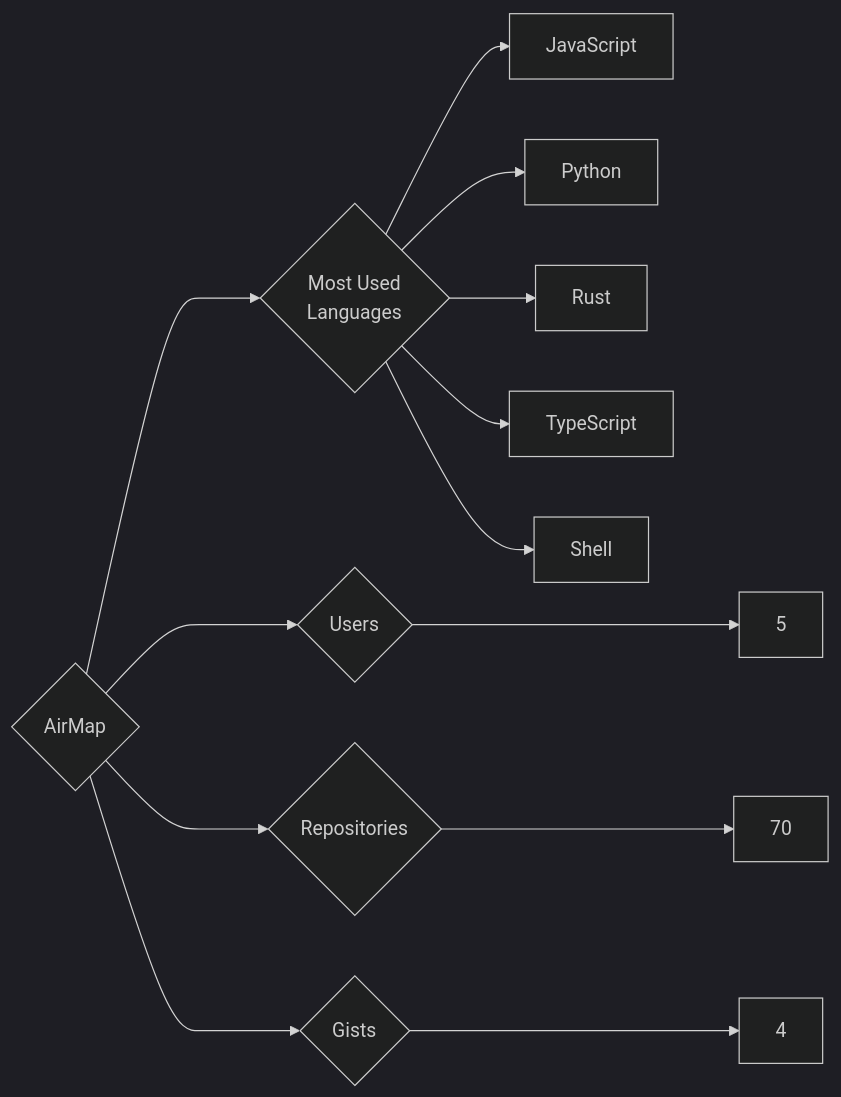
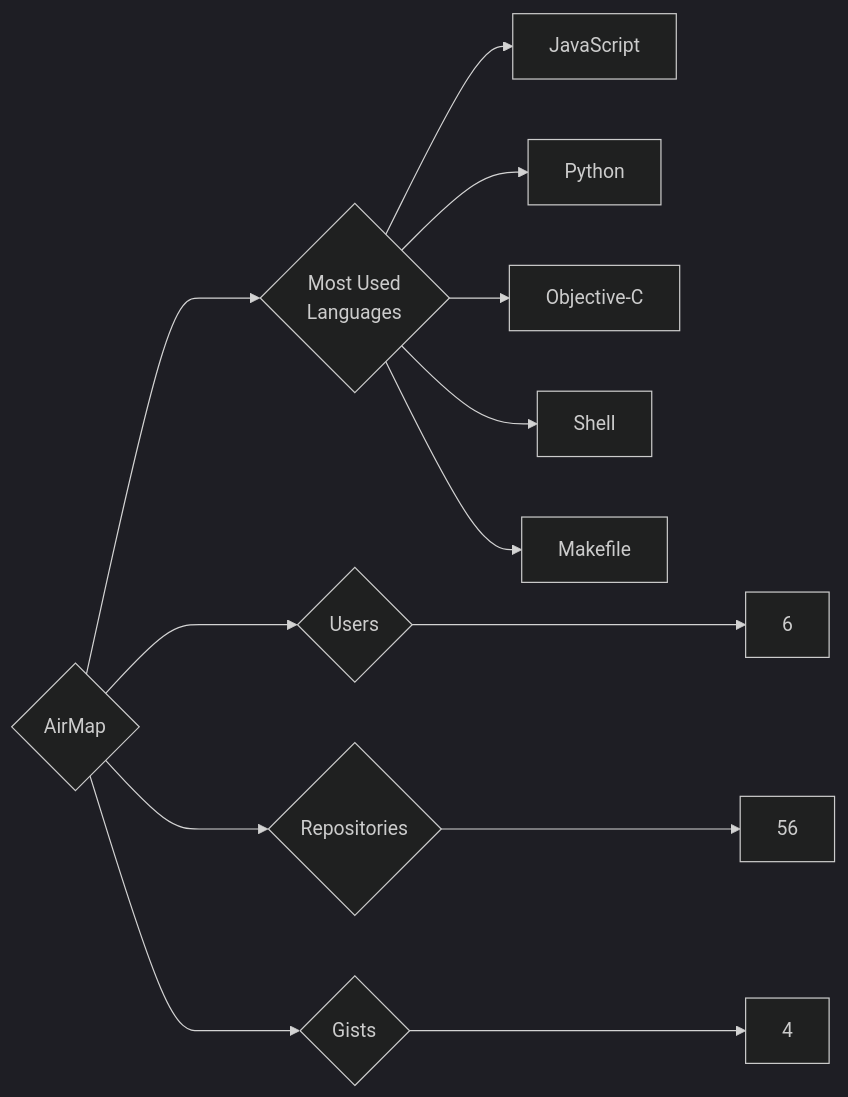
One commit to trickest/insiders changed the diagram in targets/AirMap/README.md. Above: the diagram before and after it, drawn with Mermaid (dark theme). The commit also changed 1036 other files, not shown here.

````diff
--- a/targets/AirMap/README.md
+++ b/targets/AirMap/README.md
@@ -3,13 +3,13 @@
 ```mermaid
 graph LR
 COMPANY_NAME{AirMap}
-COMPANY_NAME ---> U{Users} ---> UN[5]
-COMPANY_NAME ---> R{Repositories} ---> RN[70]
+COMPANY_NAME ---> U{Users} ---> UN[6]
+COMPANY_NAME ---> R{Repositories} ---> RN[56]
 COMPANY_NAME ---> G{Gists} ---> GN[4]
 COMPANY_NAME ---> ML{Most Used<br>Languages}
 ML --> JavaScript[JavaScript]
 ML --> Python[Python]
-ML --> Rust[Rust]
-ML --> TypeScript[TypeScript]
+ML --> Objective-C[Objective-C]
 ML --> Shell[Shell]
+ML --> Makefile[Makefile]
 ```
````
